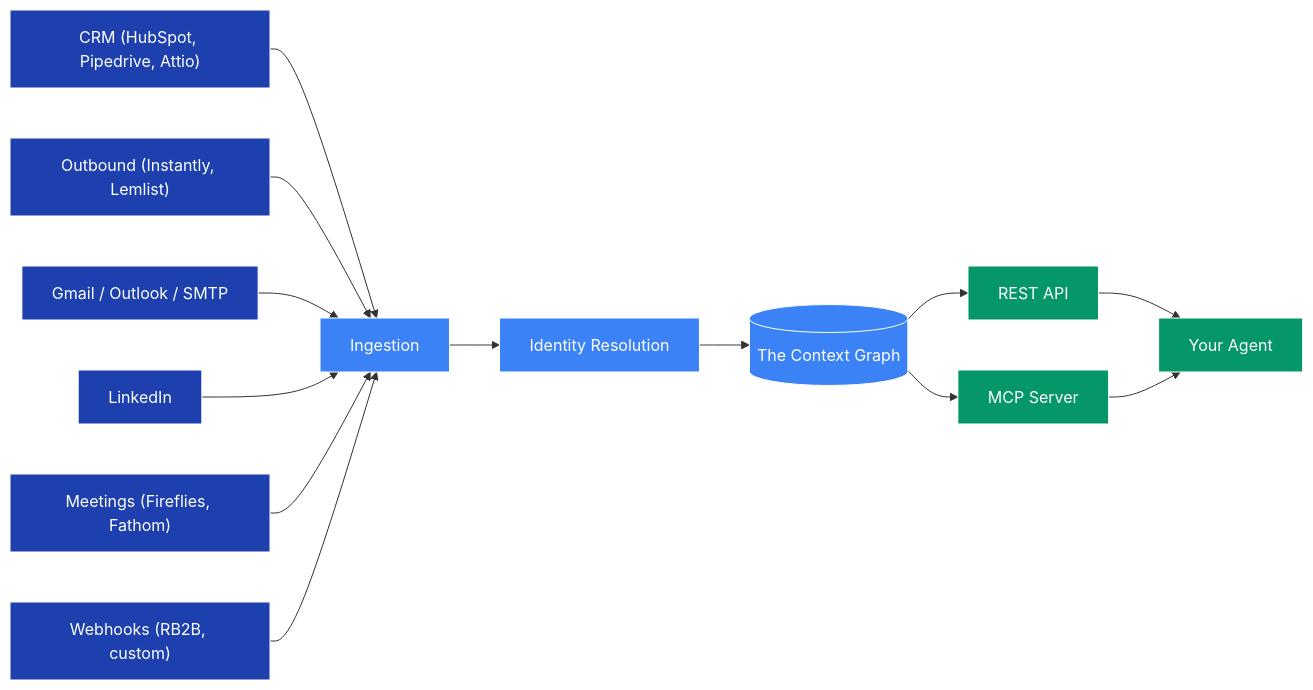
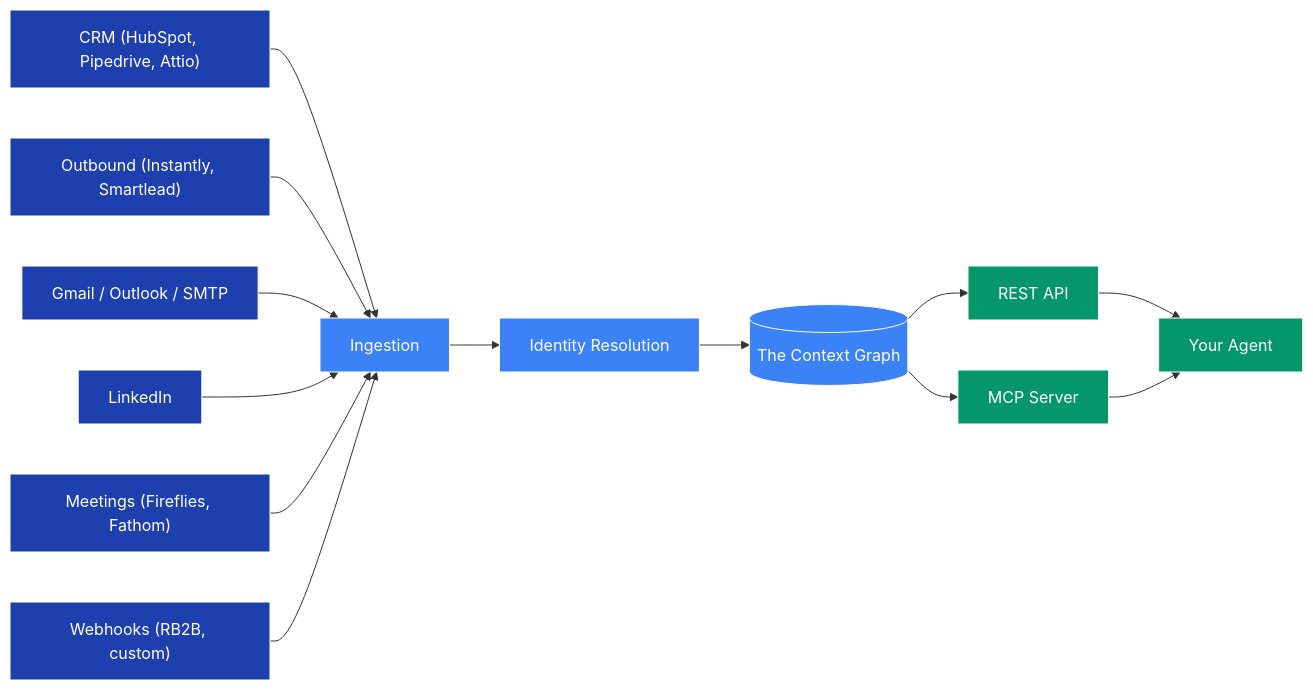
Before and after one commit to NousC/docs: the diagram in getting-started/how-it-works.mdx, drawn with Mermaid. The commit also changed other lines of this file and 13 other files, not shown here.

````diff
--- a/getting-started/how-it-works.mdx
+++ b/getting-started/how-it-works.mdx
@@ -10,36 +10,36 @@
 ```mermaid theme={null}
 flowchart LR
     classDef source fill:#1E40AF,color:white,stroke:#fff
     classDef core fill:#3B82F6,color:white,stroke:#fff
     classDef output fill:#059669,color:white,stroke:#fff
 
     crm["CRM (HubSpot, Pipedrive, Attio)"]:::source
-    out["Outbound (Instantly, Lemlist)"]:::source
+    out["Outbound (Instantly, Smartlead)"]:::source
     mail["Gmail / Outlook / SMTP"]:::source
     li["LinkedIn"]:::source
     meet["Meetings (Fireflies, Fathom)"]:::source
     web["Webhooks (RB2B, custom)"]:::source
 
     ingest["Ingestion"]:::core
     resolve["Identity Resolution"]:::core
     cg[("The Context Graph")]:::core
 
     api["REST API"]:::output
     mcp["MCP Server"]:::output
     agent["Your Agent"]:::output
 
     crm --> ingest
     out --> ingest
     mail --> ingest
     li --> ingest
     meet --> ingest
     web --> ingest
 
     ingest --> resolve
     resolve --> cg
 
     cg --> api
     cg --> mcp
     api --> agent
     mcp --> agent
 ```
````
